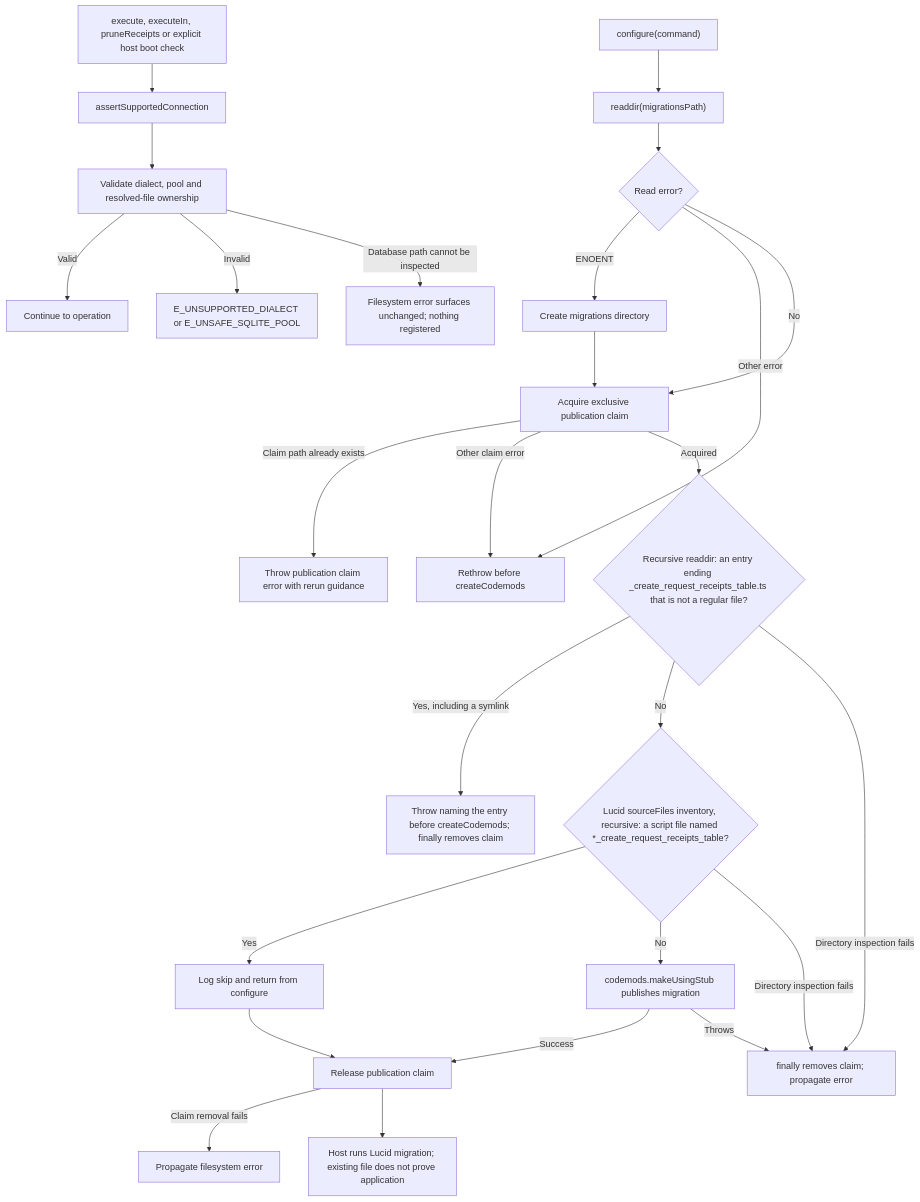
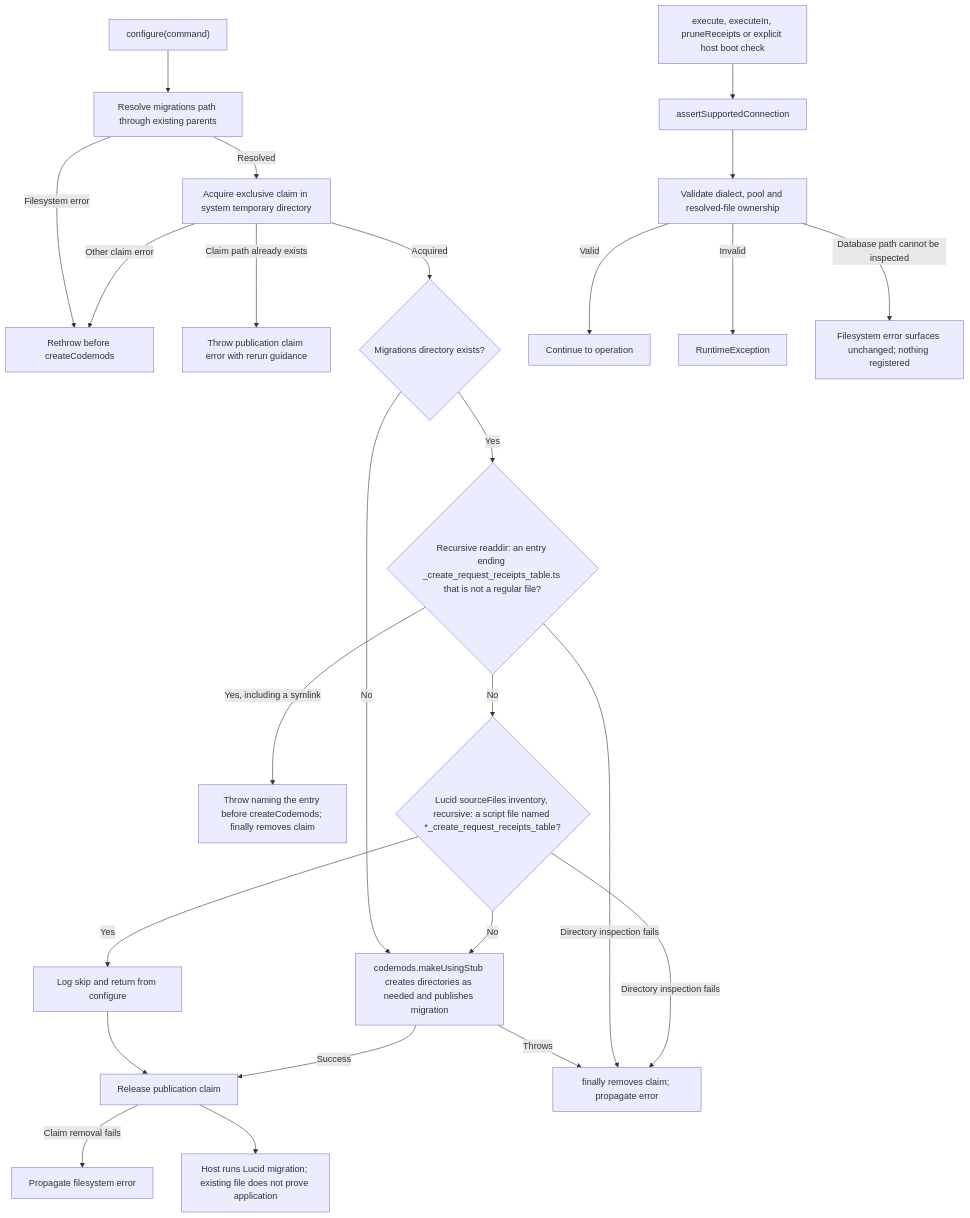
The second of 2 diagrams in user-stories/US-GUARD-04-operate-receipts.md (Kevinjohn/oss-adonisjs-duplicate-request-guard), drawn with Mermaid before and after one commit. The commit also changed other lines of this file and 49 other files, not shown here.

````diff
--- a/user-stories/US-GUARD-04-operate-receipts.md
+++ b/user-stories/US-GUARD-04-operate-receipts.md
@@ -54,28 +54,27 @@
 ```mermaid
 flowchart TD
-    A["configure(command)"] --> B["readdir(migrationsPath)"]
-    B --> R{"Read error?"}
-    R -->|ENOENT| K["Create migrations directory"]
-    K --> L["Acquire exclusive publication claim"]
-    R -->|Other error| X["Rethrow before createCodemods"]
-    R -->|No| L
+    A["configure(command)"] --> B["Resolve migrations path through existing parents"]
+    B -->|Filesystem error| X["Rethrow before createCodemods"]
+    B -->|Resolved| L["Acquire exclusive claim in system temporary directory"]
     L -->|Claim path already exists| Z["Throw publication claim error with rerun guidance"]
     L -->|Other claim error| X
-    L -->|Acquired| N{"Recursive readdir: an entry ending _create_request_receipts_table.ts that is not a regular file?"}
+    L -->|Acquired| R{"Migrations directory exists?"}
+    R -->|No| E
+    R -->|Yes| N{"Recursive readdir: an entry ending _create_request_receipts_table.ts that is not a regular file?"}
     N -->|Yes, including a symlink| Y["Throw naming the entry before createCodemods; finally removes claim"]
     N -->|No| C{"Lucid sourceFiles inventory, recursive: a script file named *_create_request_receipts_table?"}
     C -->|Yes| D["Log skip and return from configure"]
     D --> T["Release publication claim"]
-    C -->|No| E["codemods.makeUsingStub publishes migration"]
+    C -->|No| E["codemods.makeUsingStub creates directories as needed and publishes migration"]
     E -->|Success| T
     E -->|Throws| P["finally removes claim; propagate error"]
     N -->|Directory inspection fails| P
     C -->|Directory inspection fails| P
     T -->|Claim removal fails| W["Propagate filesystem error"]
     T --> F["Host runs Lucid migration; existing file does not prove application"]
     G["execute, executeIn, pruneReceipts or explicit host boot check"] --> H["assertSupportedConnection"]
     H --> I["Validate dialect, pool and resolved-file ownership"]
     I -->|Valid| J["Continue to operation"]
-    I -->|Invalid| Q["E_UNSUPPORTED_DIALECT or E_UNSAFE_SQLITE_POOL"]
+    I -->|Invalid| Q["RuntimeException"]
     I -->|Database path cannot be inspected| Q2["Filesystem error surfaces unchanged; nothing registered"]
 ```
````
